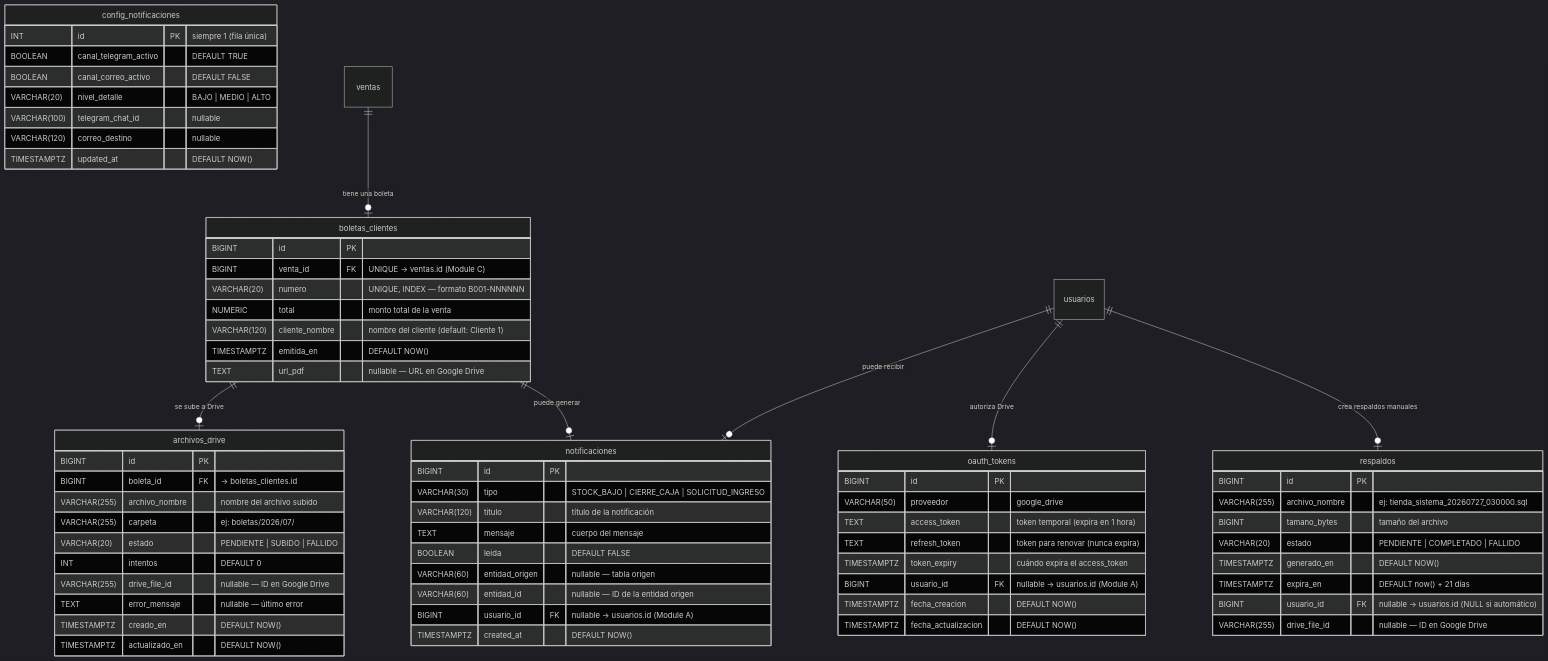
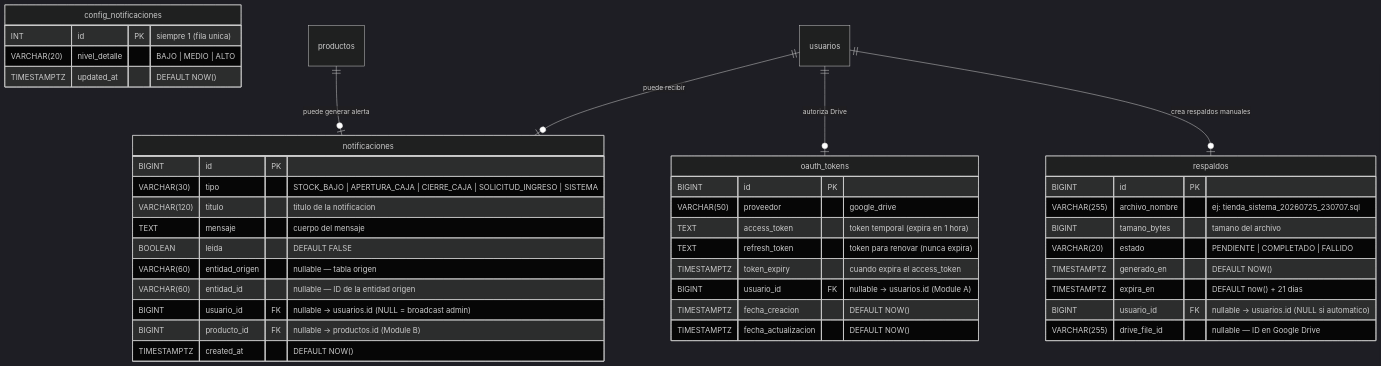
Before and after one commit to Kodiak-Technologies/Project-K.I.O.S.K.O: the diagram in docs/CAMBIOS-FABRIZIO/MODULO_D_ER.md, drawn with Mermaid (dark theme). The commit also changed other lines of this file and 6 other files, not shown here.

````diff
--- a/docs/CAMBIOS-FABRIZIO/MODULO_D_ER.md
+++ b/docs/CAMBIOS-FABRIZIO/MODULO_D_ER.md
@@ -11,79 +11,49 @@
 ```mermaid
 erDiagram
-    boletas_clientes {
-        BIGINT id PK
-        BIGINT venta_id FK "UNIQUE → ventas.id (Module C)"
-        VARCHAR(20) numero "UNIQUE, INDEX — formato B001-NNNNNN"
-        NUMERIC total "monto total de la venta"
-        VARCHAR(120) cliente_nombre "nombre del cliente (default: Cliente 1)"
-        TIMESTAMPTZ emitida_en "DEFAULT NOW()"
-        TEXT url_pdf "nullable — URL en Google Drive"
-    }
-
-    archivos_drive {
-        BIGINT id PK
-        BIGINT boleta_id FK "→ boletas_clientes.id"
-        VARCHAR(255) archivo_nombre "nombre del archivo subido"
-        VARCHAR(255) carpeta "ej: boletas/2026/07/"
-        VARCHAR(20) estado "PENDIENTE | SUBIDO | FALLIDO"
-        INT intentos "DEFAULT 0"
-        VARCHAR(255) drive_file_id "nullable — ID en Google Drive"
-        TEXT error_mensaje "nullable — último error"
-        TIMESTAMPTZ creado_en "DEFAULT NOW()"
-        TIMESTAMPTZ actualizado_en "DEFAULT NOW()"
-    }
-
     notificaciones {
         BIGINT id PK
-        VARCHAR(30) tipo "STOCK_BAJO | CIERRE_CAJA | SOLICITUD_INGRESO"
-        VARCHAR(120) titulo "título de la notificación"
+        VARCHAR(30) tipo "STOCK_BAJO | APERTURA_CAJA | CIERRE_CAJA | SOLICITUD_INGRESO | SISTEMA"
+        VARCHAR(120) titulo "titulo de la notificacion"
         TEXT mensaje "cuerpo del mensaje"
         BOOLEAN leida "DEFAULT FALSE"
         VARCHAR(60) entidad_origen "nullable — tabla origen"
         VARCHAR(60) entidad_id "nullable — ID de la entidad origen"
-        BIGINT usuario_id FK "nullable → usuarios.id (Module A)"
+        BIGINT usuario_id FK "nullable → usuarios.id (NULL = broadcast admin)"
+        BIGINT producto_id FK "nullable → productos.id (Module B)"
         TIMESTAMPTZ created_at "DEFAULT NOW()"
     }
 
     config_notificaciones {
-        INT id PK "siempre 1 (fila única)"
-        BOOLEAN canal_telegram_activo "DEFAULT TRUE"
-        BOOLEAN canal_correo_activo "DEFAULT FALSE"
+        INT id PK "siempre 1 (fila unica)"
         VARCHAR(20) nivel_detalle "BAJO | MEDIO | ALTO"
-        VARCHAR(100) telegram_chat_id "nullable"
-        VARCHAR(120) correo_destino "nullable"
         TIMESTAMPTZ updated_at "DEFAULT NOW()"
     }
 
     respaldos {
         BIGINT id PK
-        VARCHAR(255) archivo_nombre "ej: tienda_sistema_20260727_030000.sql"
-        BIGINT tamano_bytes "tamaño del archivo"
+        VARCHAR(255) archivo_nombre "ej: tienda_sistema_20260725_230707.sql"
+        BIGINT tamano_bytes "tamano del archivo"
         VARCHAR(20) estado "PENDIENTE | COMPLETADO | FALLIDO"
         TIMESTAMPTZ generado_en "DEFAULT NOW()"
-        TIMESTAMPTZ expira_en "DEFAULT now() + 21 días"
-        BIGINT usuario_id FK "nullable → usuarios.id (NULL si automático)"
+        TIMESTAMPTZ expira_en "DEFAULT now() + 21 dias"
+        BIGINT usuario_id FK "nullable → usuarios.id (NULL si automatico)"
         VARCHAR(255) drive_file_id "nullable — ID en Google Drive"
     }
 
     oauth_tokens {
         BIGINT id PK
         VARCHAR(50) proveedor "google_drive"
         TEXT access_token "token temporal (expira en 1 hora)"
         TEXT refresh_token "token para renovar (nunca expira)"
-        TIMESTAMPTZ token_expiry "cuándo expira el access_token"
+        TIMESTAMPTZ token_expiry "cuando expira el access_token"
         BIGINT usuario_id FK "nullable → usuarios.id (Module A)"
         TIMESTAMPTZ fecha_creacion "DEFAULT NOW()"
         TIMESTAMPTZ fecha_actualizacion "DEFAULT NOW()"
     }
 
     %% Relaciones externas (fuera de Module D)
-    ventas ||--o| boletas_clientes : "tiene una boleta"
     usuarios ||--o| notificaciones : "puede recibir"
     usuarios ||--o| oauth_tokens : "autoriza Drive"
     usuarios ||--o| respaldos : "crea respaldos manuales"
-
-    %% Relaciones internas de Module D
-    boletas_clientes ||--o| archivos_drive : "se sube a Drive"
-    boletas_clientes ||--o| notificaciones : "puede generar"
+    productos ||--o| notificaciones : "puede generar alerta"
 ```
````
